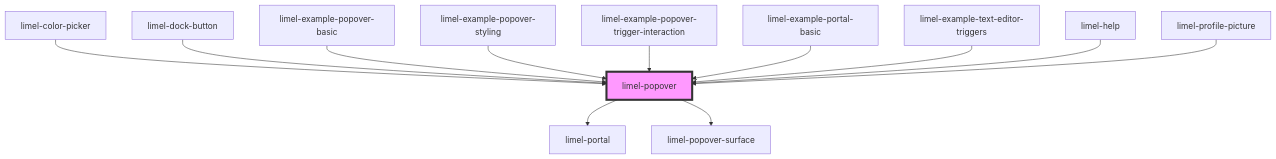
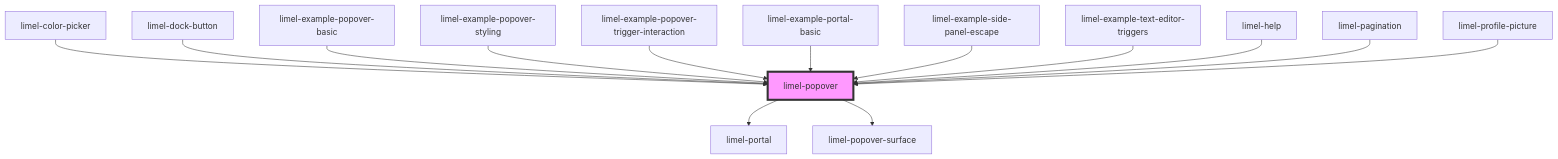
The diagram in versions/PR-4061/markdown-docs/components/popover/readme.md (Lundalogik/lime-elements), drawn with Mermaid before and after one commit. The commit also changed other lines of this file and 757 other files, not shown here.

````diff
--- a/versions/PR-4061/markdown-docs/components/popover/readme.md
+++ b/versions/PR-4061/markdown-docs/components/popover/readme.md
@@ -88,15 +92,17 @@
 ```mermaid
 graph TD;
   limel-popover --> limel-portal
   limel-popover --> limel-popover-surface
   limel-color-picker --> limel-popover
   limel-dock-button --> limel-popover
   limel-example-popover-basic --> limel-popover
   limel-example-popover-styling --> limel-popover
   limel-example-popover-trigger-interaction --> limel-popover
   limel-example-portal-basic --> limel-popover
+  limel-example-side-panel-escape --> limel-popover
   limel-example-text-editor-triggers --> limel-popover
   limel-help --> limel-popover
+  limel-pagination --> limel-popover
   limel-profile-picture --> limel-popover
   style limel-popover fill:#f9f,stroke:#333,stroke-width:4px
 ```
````
